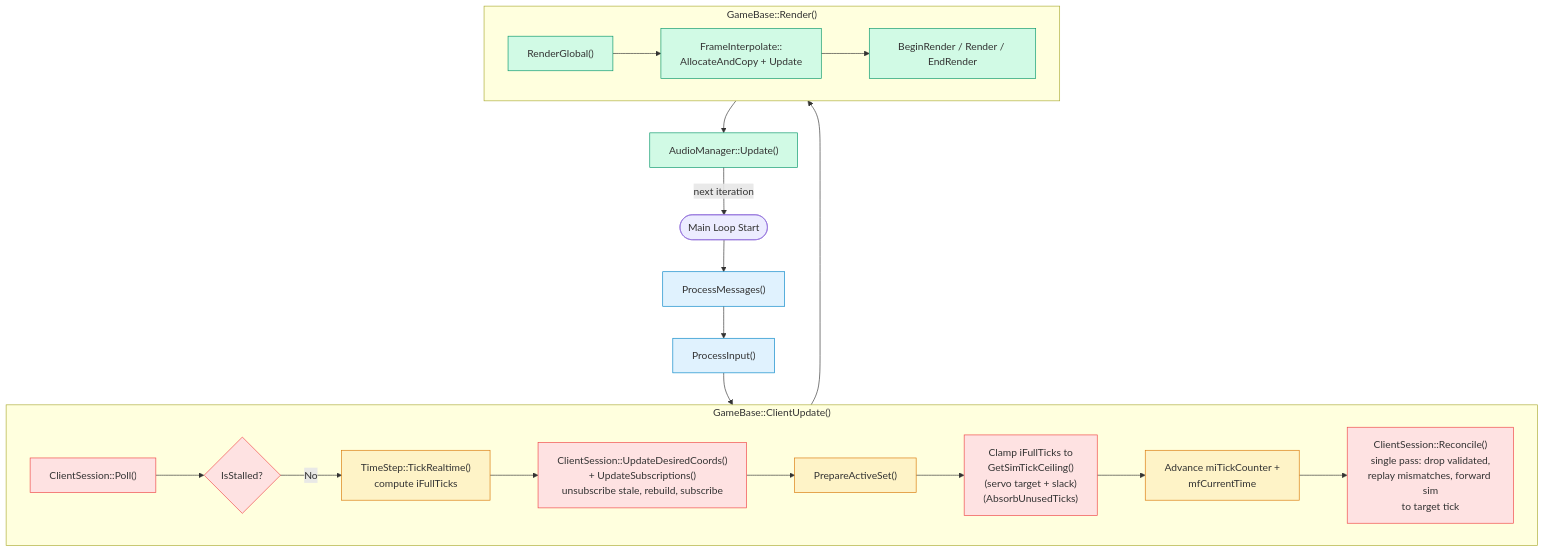
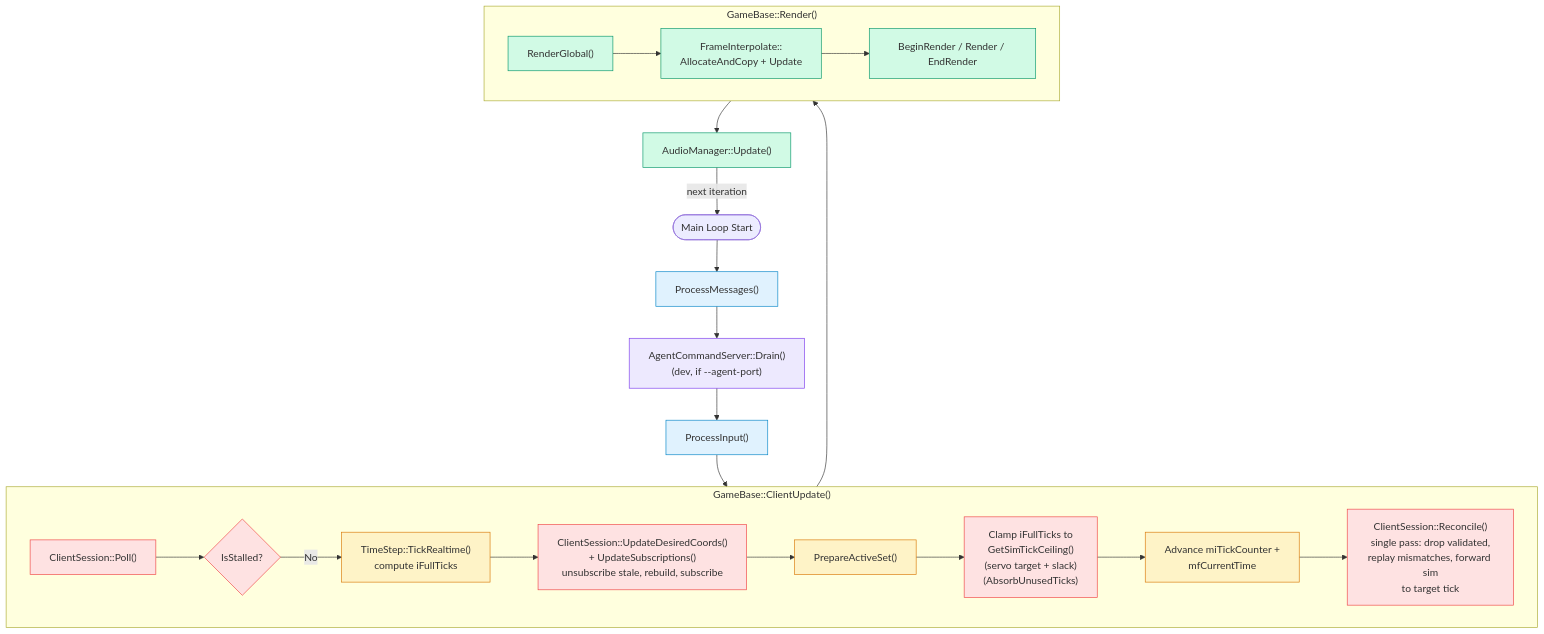
The second of 5 diagrams in Documents/Architecture/FrameUpdatePipeline.md (DougTanner/BrokenEnginePublic), drawn with Mermaid before and after one commit. The commit also changed other lines of this file and 164 other files, not shown here.

````diff
--- a/Documents/Architecture/FrameUpdatePipeline.md
+++ b/Documents/Architecture/FrameUpdatePipeline.md
@@ -54,43 +54,46 @@
 ```mermaid
 %%{init: {'theme': 'default'}}%%
 flowchart TD
     classDef input fill:#e0f2fe,stroke:#0284c7
     classDef physics fill:#fef3c7,stroke:#d97706
     classDef network fill:#fee2e2,stroke:#ef4444
     classDef render fill:#d1fae5,stroke:#059669
+    classDef agent fill:#ede9fe,stroke:#7c3aed
 
     start(["Main Loop Start"])
 
     msgs["ProcessMessages()"]:::input
+
+    agent_drain["AgentCommandServer::Drain()<br/>(dev, if --agent-port)"]:::agent
 
     preupdate["ProcessInput()"]:::input
 
     subgraph tick_frames ["GameBase::ClientUpdate()"]
         poll["ClientSession::Poll()"]:::network
         stall_check{"IsStalled?"}:::network
         poll --> stall_check
 
         ts["TimeStep::TickRealtime()<br/>compute iFullTicks"]:::physics
         subs["ClientSession::UpdateDesiredCoords()<br/>+ UpdateSubscriptions()<br/>unsubscribe stale, rebuild, subscribe"]:::network
         prepare_active["PrepareActiveSet()"]:::physics
         clamp["Clamp iFullTicks to<br/>GetSimTickCeiling()<br/>(servo target + slack)<br/>(AbsorbUnusedTicks)"]:::network
         advance["Advance miTickCounter +<br/>mfCurrentTime"]:::physics
         reconcile["ClientSession::Reconcile()<br/>single pass: drop validated,<br/>replay mismatches, forward sim<br/>to target tick"]:::network
 
         stall_check -->|No| ts --> subs --> prepare_active --> clamp --> advance --> reconcile
     end
 
     subgraph render_method ["GameBase::Render()"]
         r_global["RenderGlobal()"]:::render
         r_interp["FrameInterpolate::<br/>AllocateAndCopy + Update"]:::render
         r_render["BeginRender / Render / EndRender"]:::render
 
         r_global --> r_interp --> r_render
     end
 
     audio["AudioManager::Update()"]:::render
 
-    start --> msgs --> preupdate --> tick_frames
+    start --> msgs --> agent_drain --> preupdate --> tick_frames
     tick_frames --> render_method --> audio
     audio -->|next iteration| start
 ```
````
